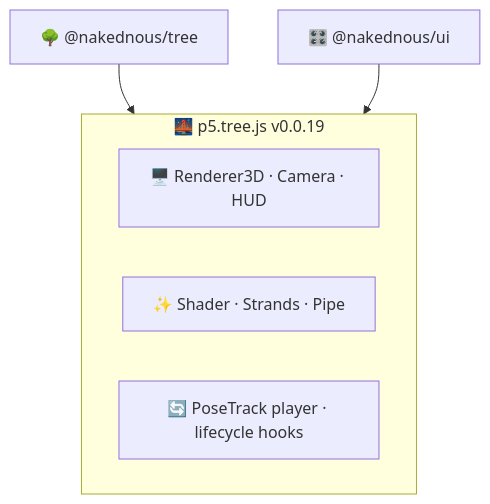
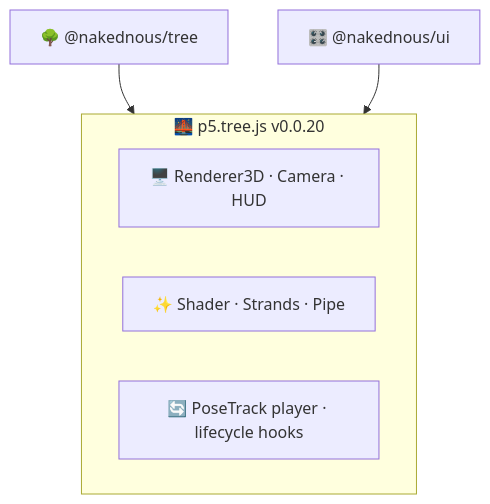
One commit to ABJ-d/tree changed the third of 6 diagrams in slides.md. Above: the diagram before and after it, drawn with Mermaid. The commit also changed other lines of this file and 188 other files, not shown here.

````diff
--- a/slides.md
+++ b/slides.md
@@ -97,14 +97,14 @@
 ```mermaid
 flowchart TB
   T["🌳 @nakednous/tree"]
   U["🎛️ @nakednous/ui"]
 
-  subgraph P["🌉 p5.tree.js v0.0.19"]
+  subgraph P["🌉 p5.tree.js v0.0.20"]
     p1["🖥️ Renderer3D · Camera · HUD"]
     p2["✨ Shader · Strands · Pipe"]
     p3["🔄 PoseTrack player · lifecycle hooks"]
   end
 
   T --> P
   U --> P
 ```
````
